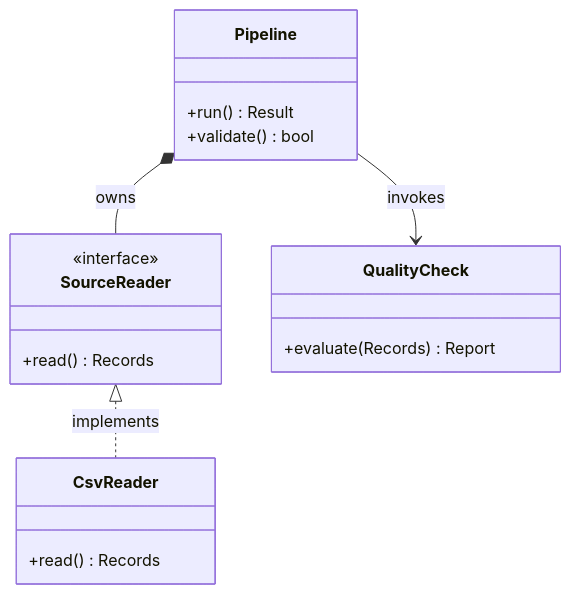
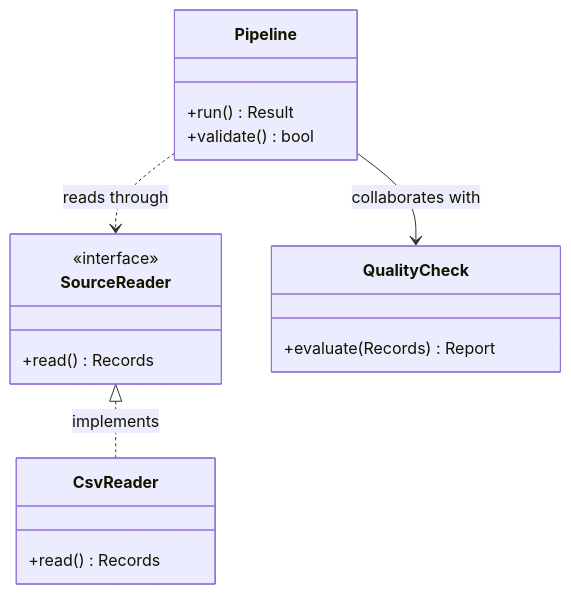
The first of 4 diagrams in src/rulesync/.rulesync/skills/mols-mermaid-diagram/references/examples/class-diagram.md (mols3131d/mols-agent-assets), drawn with Mermaid before and after one commit. The commit also changed other lines of this file and 27 other files, not shown here.

Commit message:
docs(mermaid): diagram examples 단계별 고도화

````diff
--- a/src/rulesync/.rulesync/skills/mols-mermaid-diagram/references/examples/class-diagram.md
+++ b/src/rulesync/.rulesync/skills/mols-mermaid-diagram/references/examples/class-diagram.md
@@ -5,24 +7,24 @@
 ```mermaid
 classDiagram
     class Pipeline {
         +run() Result
         +validate() bool
     }
 
     class SourceReader {
         <<interface>>
         +read() Records
     }
 
     class CsvReader {
         +read() Records
     }
 
     class QualityCheck {
         +evaluate(Records) Report
     }
 
     SourceReader <|.. CsvReader : implements
-    Pipeline *-- SourceReader : owns
-    Pipeline --> QualityCheck : invokes
+    Pipeline ..> SourceReader : reads through
+    Pipeline --> QualityCheck : collaborates with
 ```
````
